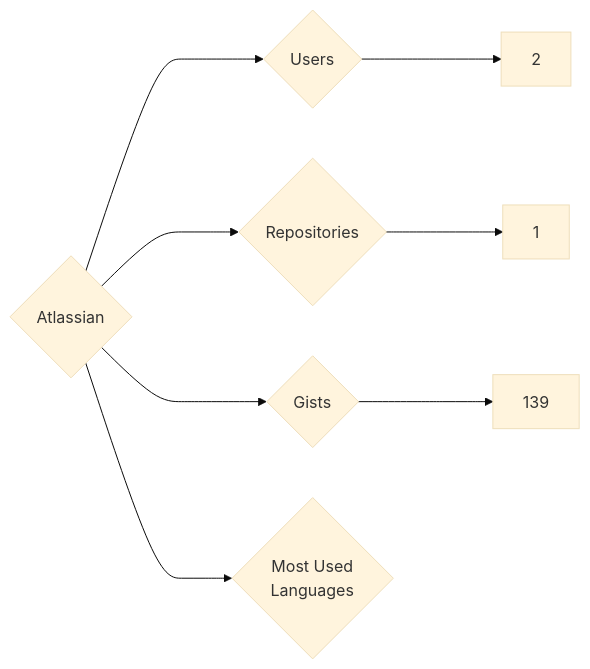
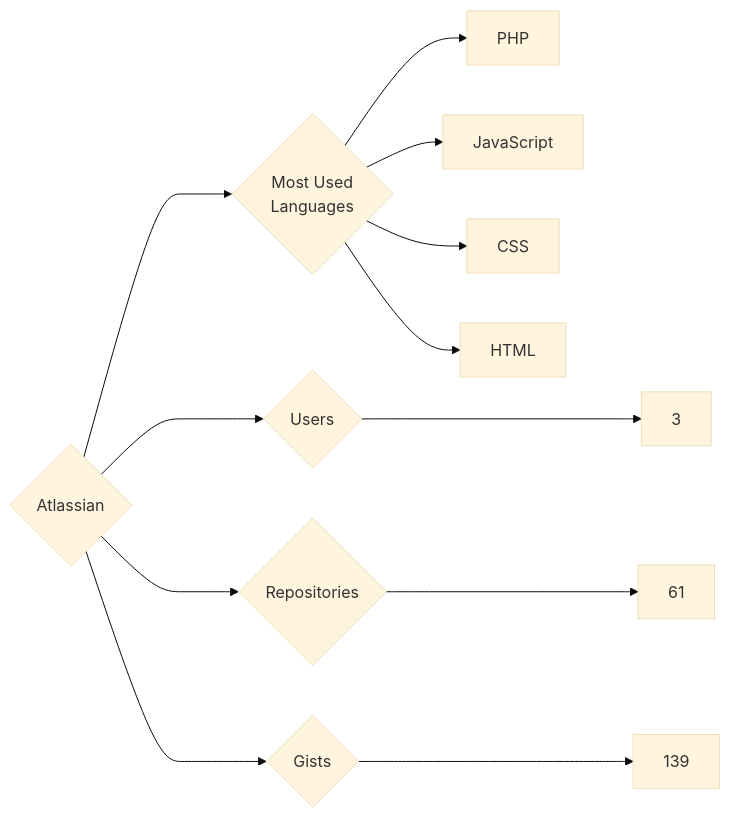
Before and after one commit to trickest/insiders: the diagram in targets/Atlassian/README.md, drawn with Mermaid (base theme). The commit also changed 938 other files, not shown here.

````diff
--- a/targets/Atlassian/README.md
+++ b/targets/Atlassian/README.md
@@ -3,8 +3,12 @@
 ```mermaid
 graph LR
 COMPANY_NAME{Atlassian}
-COMPANY_NAME ---> U{Users} ---> UN[2]
-COMPANY_NAME ---> R{Repositories} ---> RN[1]
+COMPANY_NAME ---> U{Users} ---> UN[3]
+COMPANY_NAME ---> R{Repositories} ---> RN[61]
 COMPANY_NAME ---> G{Gists} ---> GN[139]
 COMPANY_NAME ---> ML{Most Used<br>Languages}
+ML --> PHP[PHP]
+ML --> JavaScript[JavaScript]
+ML --> CSS[CSS]
+ML --> HTML[HTML]
 ```
````
